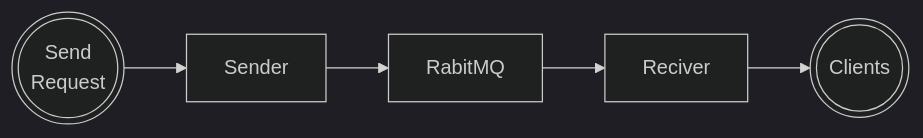
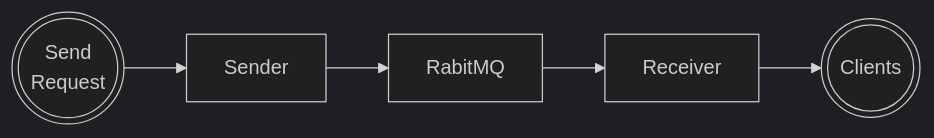
One commit to kir-dev/email-service changed the diagram in README.md. Above: the diagram before and after it, drawn with Mermaid (dark theme). The commit also changed other lines of this file, not shown here.

````diff
--- a/README.md
+++ b/README.md
@@ -28,7 +28,7 @@
 ```mermaid
     flowchart LR
     A(((Send\nRequest))) --> B[Sender]
     B --> C[RabitMQ]
-    C --> D[Reciver]
+    C --> D[Receiver]
     D --> E(((Clients)))
 ```
````
